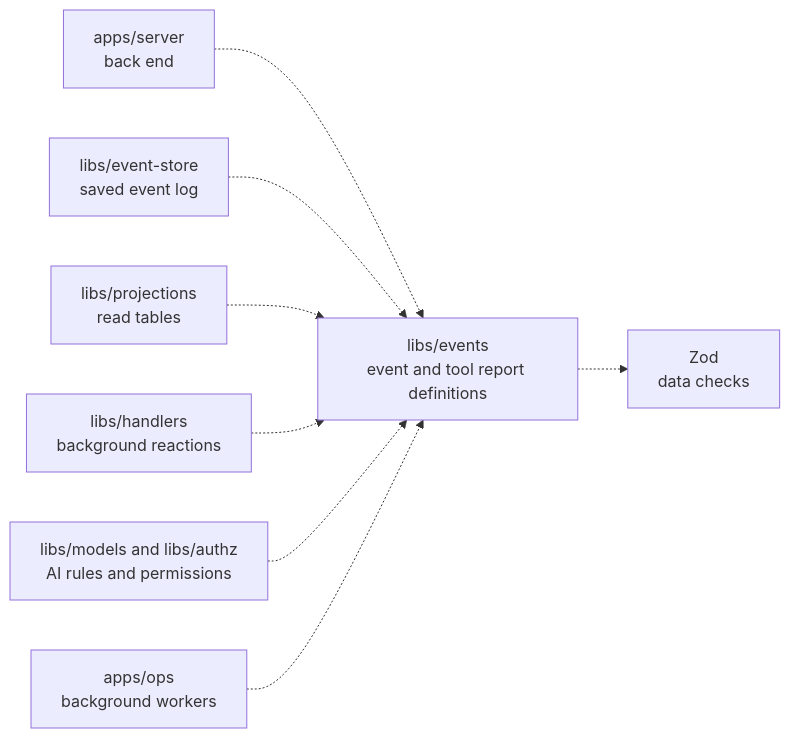
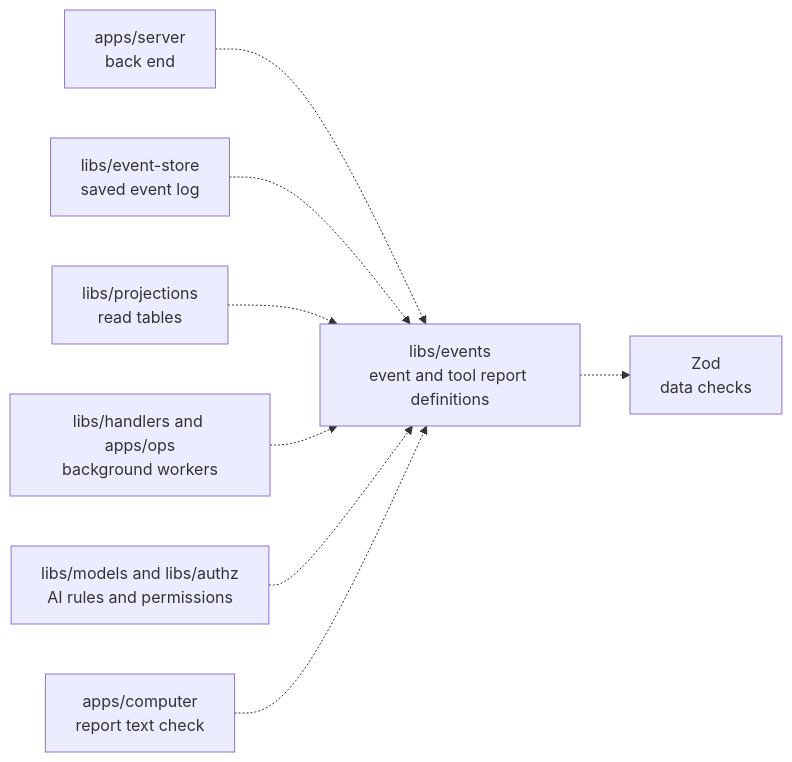
One commit to elewa-git/opencrane-new changed the diagram in libs/events/README.md. Above: the diagram before and after it, drawn with Mermaid. The commit also changed other lines of this file and 29 other files, not shown here.

````diff
--- a/libs/events/README.md
+++ b/libs/events/README.md
@@ -22,10 +22,10 @@
 ```mermaid
 flowchart LR
   server["apps/server<br/>back end"] -.-> events["libs/events<br/>event and tool report definitions"]
   store["libs/event-store<br/>saved event log"] -.-> events
   projections["libs/projections<br/>read tables"] -.-> events
-  handlers["libs/handlers<br/>background reactions"] -.-> events
+  workers["libs/handlers and apps/ops<br/>background workers"] -.-> events
   others["libs/models and libs/authz<br/>AI rules and permissions"] -.-> events
-  ops["apps/ops<br/>background workers"] -.-> events
+  computer["apps/computer<br/>report text check"] -.-> events
   events -.-> zod["Zod<br/>data checks"]
 ```
````
